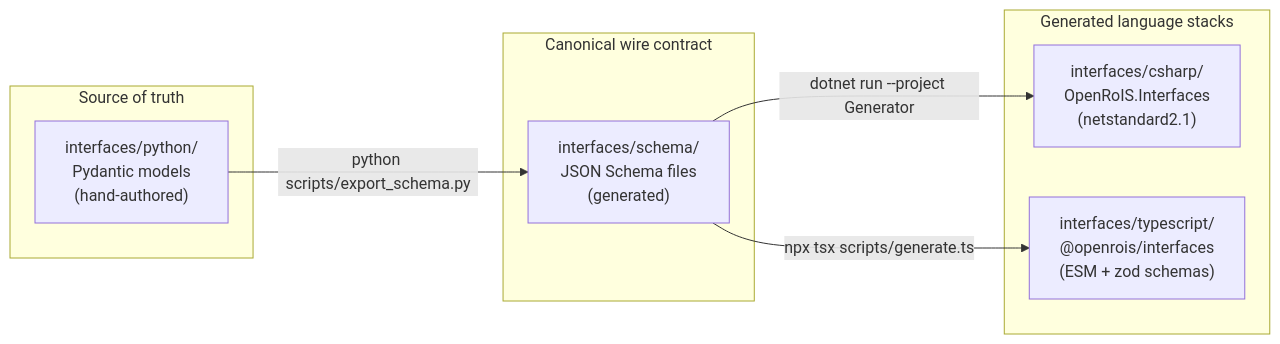
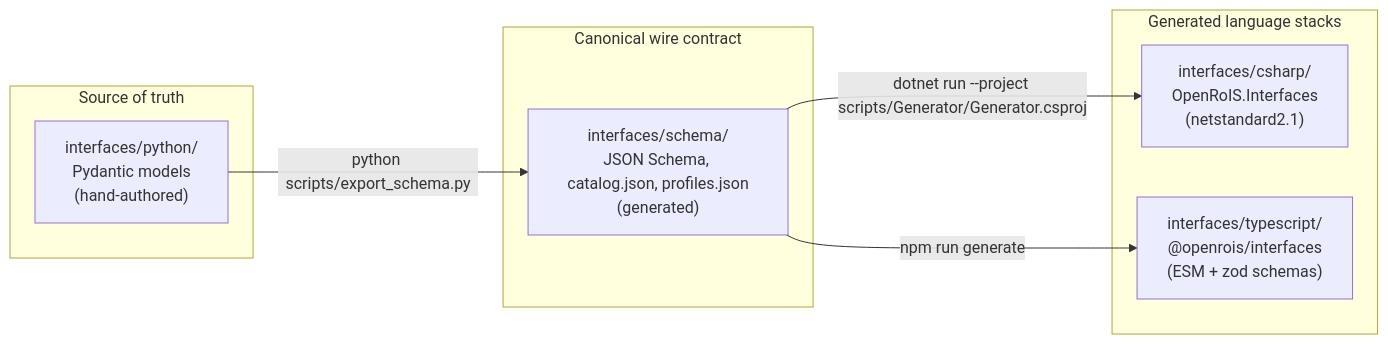
The seventh of 18 diagrams in docs/white-paper.md (openrois/openrois), drawn with Mermaid before and after one commit. The commit also changed other lines of this file and 167 other files, not shown here.

First line of the commit message:
feat!: run the engine, the components and the adapters on the RoIS method catalog (#29)

````diff
--- a/docs/white-paper.md
+++ b/docs/white-paper.md
@@ -573,19 +597,19 @@
 ```mermaid
 flowchart LR
     subgraph Source["Source of truth"]
         Py["interfaces/python/<br/>Pydantic models<br/>(hand-authored)"]
     end
 
     subgraph Wire["Canonical wire contract"]
-        Schema["interfaces/schema/<br/>JSON Schema files<br/>(generated)"]
+        Schema["interfaces/schema/<br/>JSON Schema, catalog.json, profiles.json<br/>(generated)"]
     end
 
     subgraph Generated["Generated language stacks"]
         CS["interfaces/csharp/<br/>OpenRoIS.Interfaces<br/>(netstandard2.1)"]
         TS["interfaces/typescript/<br/>@openrois/interfaces<br/>(ESM + zod schemas)"]
     end
 
     Py -->|"python scripts/export_schema.py"| Schema
-    Schema -->|"dotnet run --project Generator"| CS
-    Schema -->|"npx tsx scripts/generate.ts"| TS
+    Schema -->|"dotnet run --project scripts/Generator/Generator.csproj"| CS
+    Schema -->|"npm run generate"| TS
 ```
````
